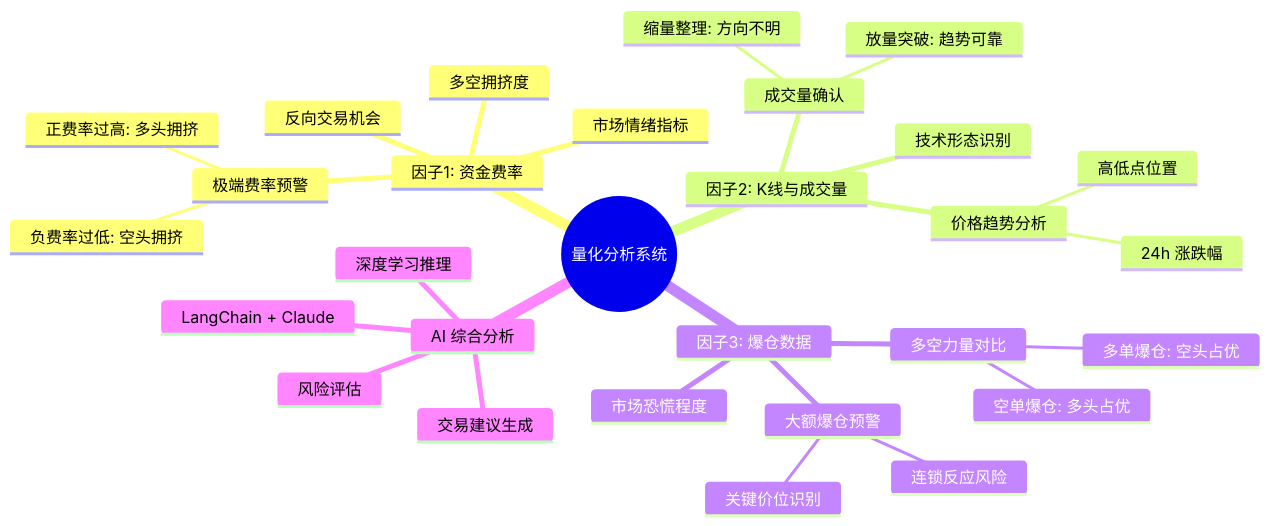
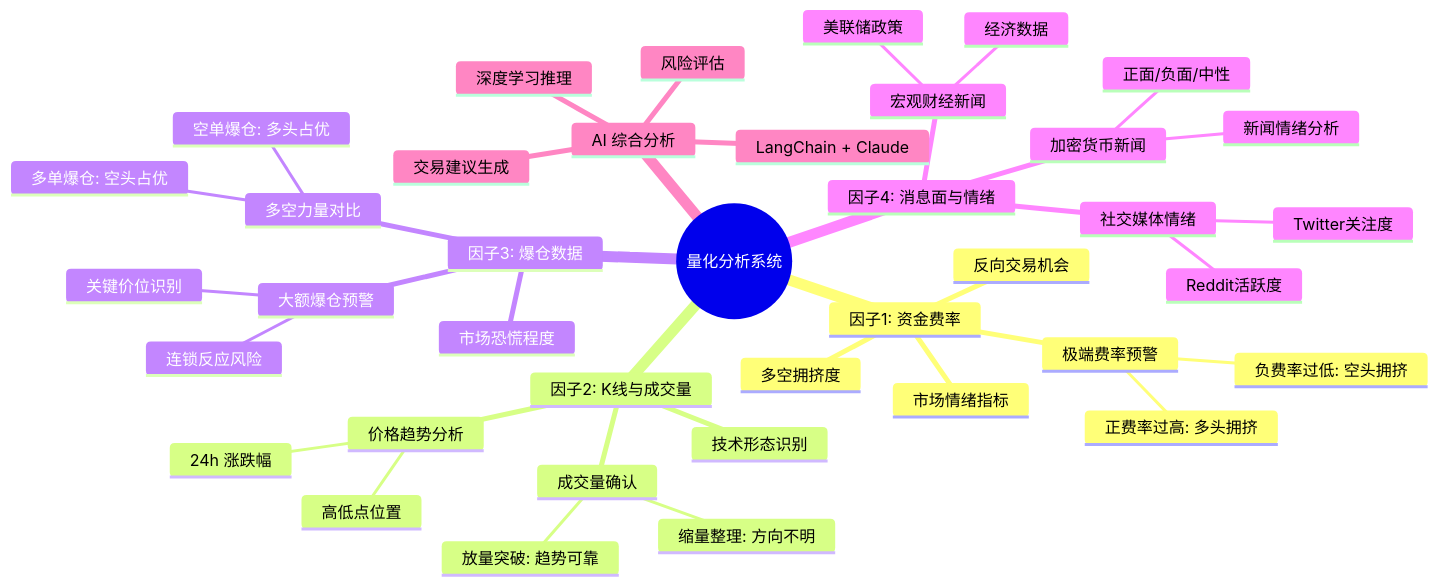
One commit to tangdafu/TRADEAGENT changed the eighth of 9 diagrams in FLOWCHART.md. Above: the diagram before and after it, drawn with Mermaid. The commit also changed other lines of this file and 12 other files, not shown here.

````diff
--- a/FLOWCHART.md
+++ b/FLOWCHART.md
@@ -206,32 +283,42 @@
 ```mermaid
 mindmap
   root((量化分析系统))
     因子1: 资金费率
       市场情绪指标
       多空拥挤度
       极端费率预警
         正费率过高: 多头拥挤
         负费率过低: 空头拥挤
       反向交易机会
     因子2: K线与成交量
       价格趋势分析
         24h 涨跌幅
         高低点位置
       成交量确认
         放量突破: 趋势可靠
         缩量整理: 方向不明
       技术形态识别
     因子3: 爆仓数据
       市场恐慌程度
       多空力量对比
         多单爆仓: 空头占优
         空单爆仓: 多头占优
       大额爆仓预警
         连锁反应风险
         关键价位识别
+    因子4: 消息面与情绪
+      加密货币新闻
+        新闻情绪分析
+        正面/负面/中性
+      社交媒体情绪
+        Twitter关注度
+        Reddit活跃度
+      宏观财经新闻
+        美联储政策
+        经济数据
     AI 综合分析
       LangChain + Claude
       深度学习推理
       风险评估
       交易建议生成
 ```
````
